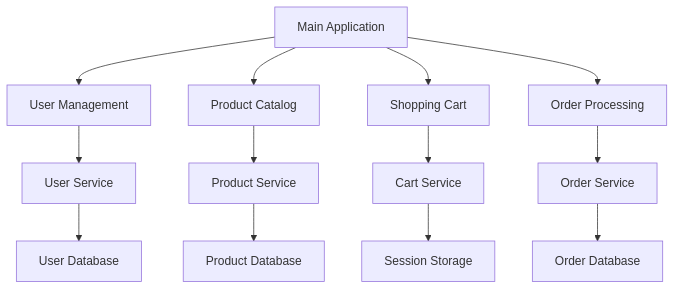
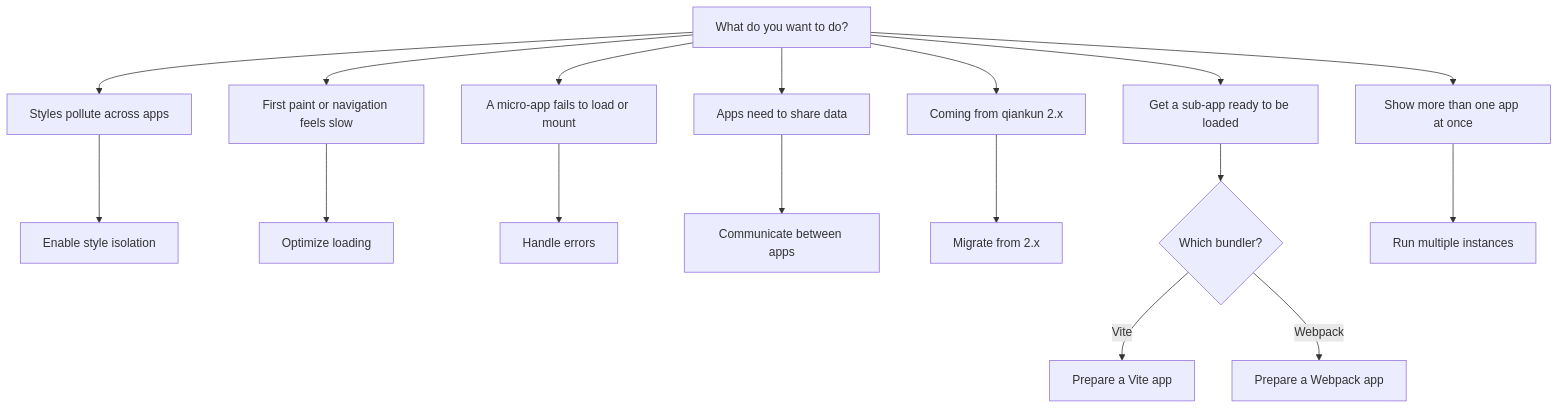
Before and after one commit to jackbi/qiankun-copy: the diagram in docs/cookbook/index.md, drawn with Mermaid. The commit also changed other lines of this file and 124 other files, not shown here.

Commit message:
docs: rewrite the VitePress site for qiankun v3 (bilingual, source-grounded, redesigned) (#3142)

````diff
--- a/docs/cookbook/index.md
+++ b/docs/cookbook/index.md
@@ -138,17 +31,20 @@
 ```mermaid
-graph TB
-    A[Main Application] --> B[User Management]
-    A --> C[Product Catalog]
-    A --> D[Shopping Cart]
-    A --> E[Order Processing]
-    
-    B --> F[User Service]
-    C --> G[Product Service]
-    D --> H[Cart Service]
-    E --> I[Order Service]
-    
-    F --> J[User Database]
-    G --> K[Product Database]
-    H --> L[Session Storage]
-    I --> M[Order Database]
+flowchart TD
+  A[What do you want to do?] --> B[Styles pollute across apps]
+  A --> C[First paint or navigation feels slow]
+  A --> D[A micro-app fails to load or mount]
+  A --> E[Apps need to share data]
+  A --> F[Coming from qiankun 2.x]
+  A --> G[Get a sub-app ready to be loaded]
+  A --> H[Show more than one app at once]
+
+  B --> B1[Enable style isolation]
+  C --> C1[Optimize loading]
+  D --> D1[Handle errors]
+  E --> E1[Communicate between apps]
+  F --> F1[Migrate from 2.x]
+  G --> G1{Which bundler?}
+  G1 -->|Vite| G2[Prepare a Vite app]
+  G1 -->|Webpack| G3[Prepare a Webpack app]
+  H --> H1[Run multiple instances]
 ```
````
